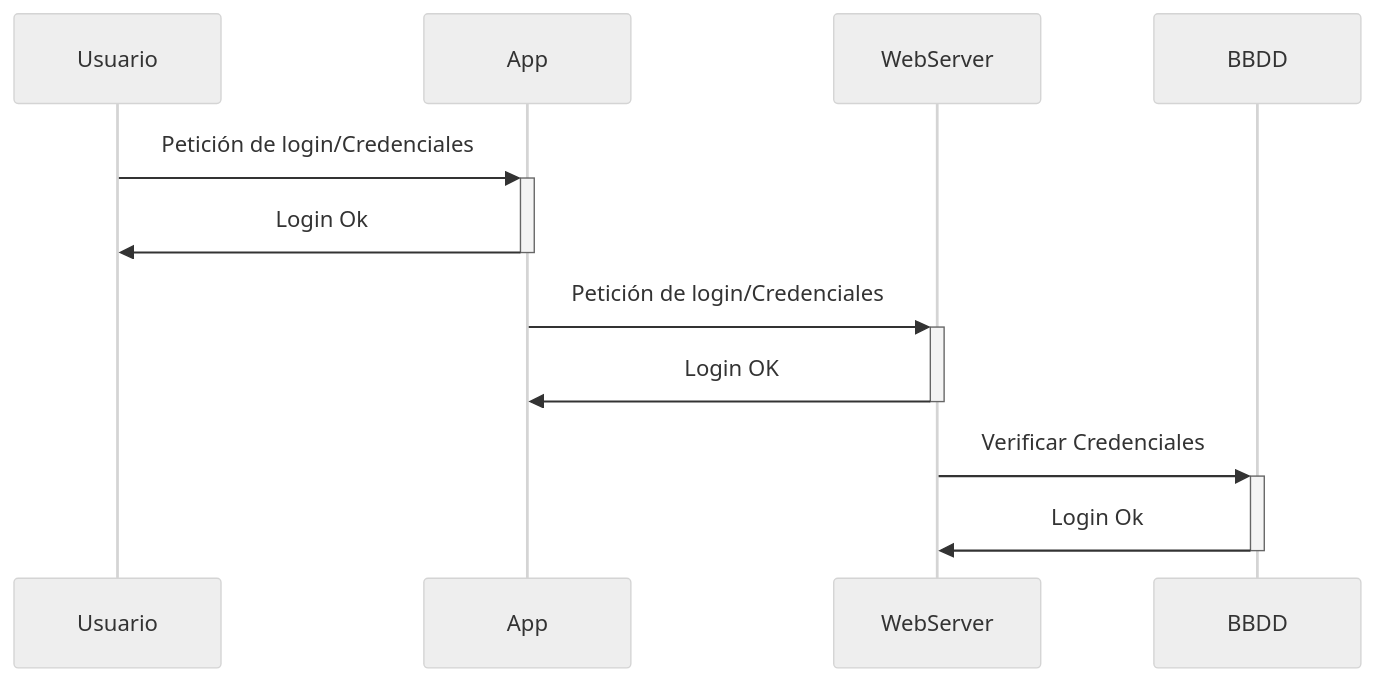
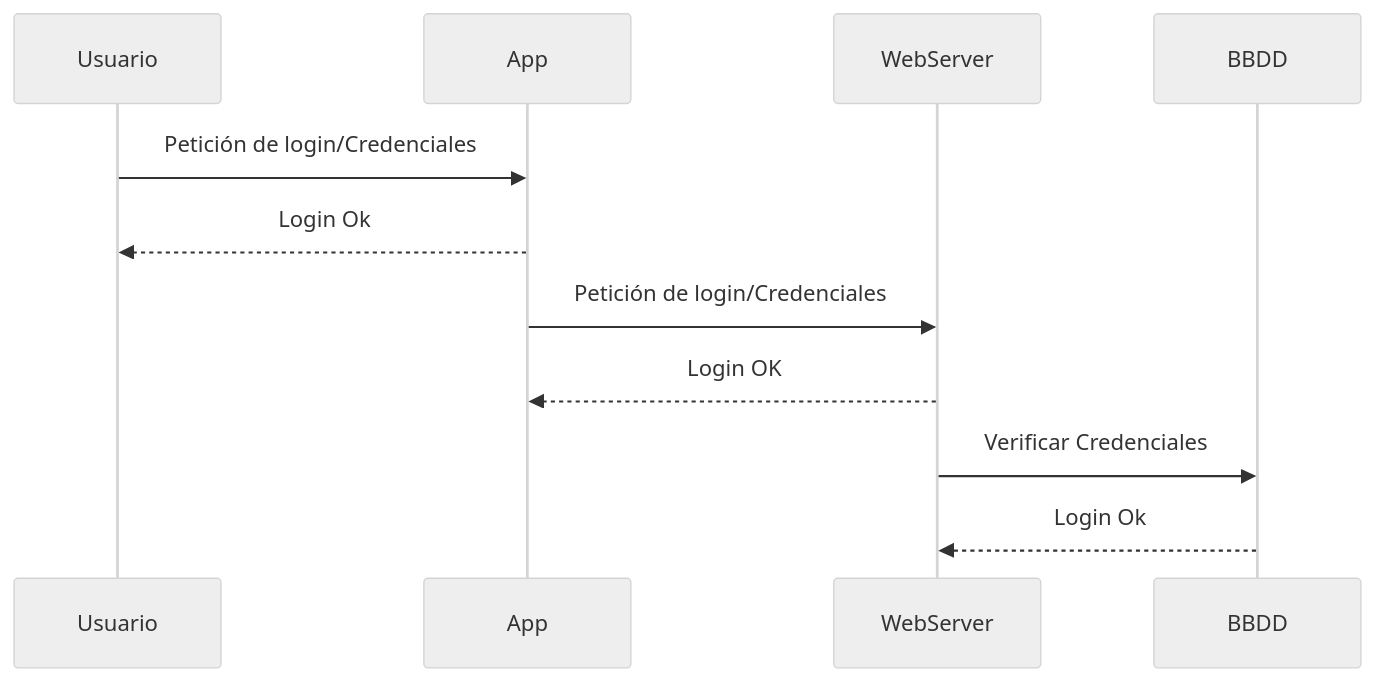
The diagram in prototipo3/Secuenciaa.mermaid (Dariella06/TapaTapp), drawn with Mermaid (neutral theme) before and after one commit.

Commit message:
cambiando un texto

```diff
--- a/prototipo3/Secuenciaa.mermaid
+++ b/prototipo3/Secuenciaa.mermaid
@@ -1,7 +1,7 @@
 sequenceDiagram
-    Usuario->>+App: Petición de login/Credenciales
-    App->>-Usuario: Login Ok
-    App->>+WebServer: Petición de login/Credenciales
-    WebServer->>-App: Login OK
-    WebServer->>+BBDD: Verificar Credenciales    
-    BBDD->>-WebServer: Login Ok
+    Usuario->>App: Petición de login/Credenciales
+    App-->>Usuario: Login Ok
+    App->>WebServer: Petición de login/Credenciales
+    WebServer-->>App: Login OK
+    WebServer->>BBDD: Verificar Credenciales    
+    BBDD-->>WebServer: Login Ok
```
